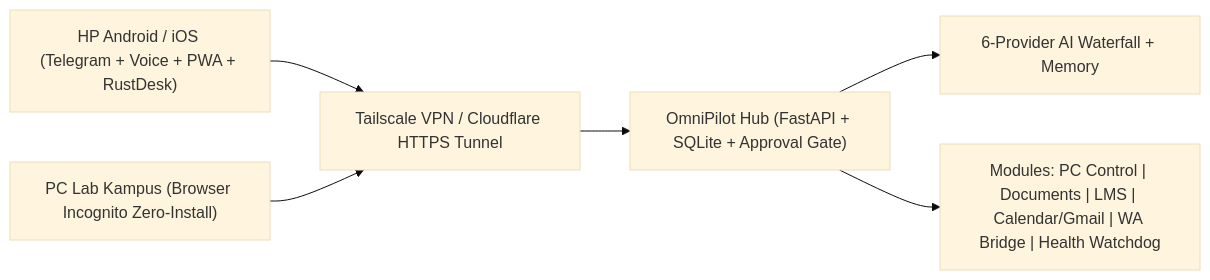
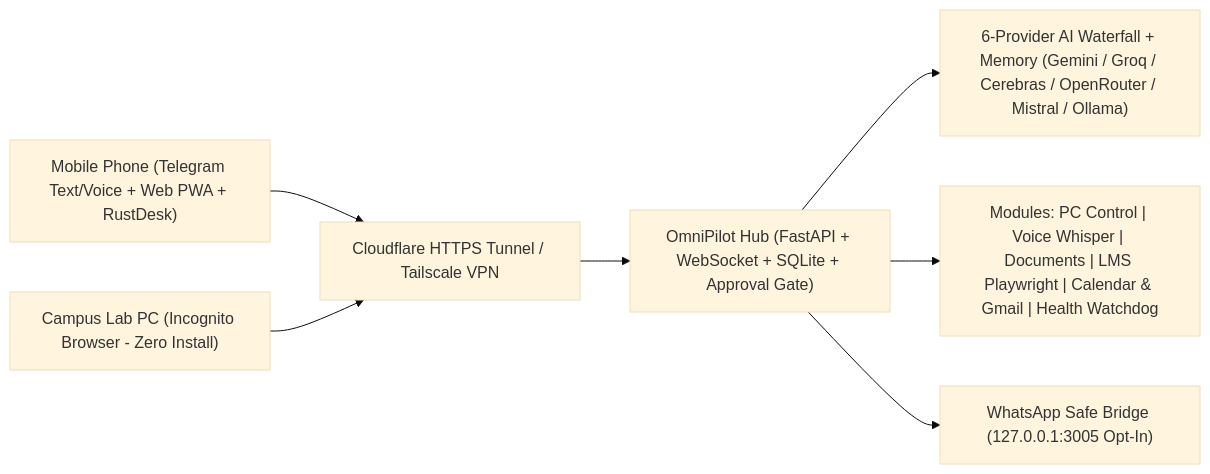
One commit to PutuSatria-hash/OmniPilot changed the diagram in README.md. Above: the diagram before and after it, drawn with Mermaid (base theme). The commit also changed other lines of this file, not shown here.

````diff
--- a/README.md
+++ b/README.md
@@ -34,8 +52,9 @@
 ```mermaid
 flowchart LR
-    Phone["HP Android / iOS (Telegram + Voice + PWA + RustDesk)"] --> Net["Tailscale VPN / Cloudflare HTTPS Tunnel"]
-    Lab["PC Lab Kampus (Browser Incognito Zero-Install)"] --> Net
-    Net --> Hub["OmniPilot Hub (FastAPI + SQLite + Approval Gate)"]
-    Hub --> AI["6-Provider AI Waterfall + Memory"]
-    Hub --> Mod["Modules: PC Control | Documents | LMS | Calendar/Gmail | WA Bridge | Health Watchdog"]
+    Phone["Mobile Phone (Telegram Text/Voice + Web PWA + RustDesk)"] --> Net["Cloudflare HTTPS Tunnel / Tailscale VPN"]
+    Campus["Campus Lab PC (Incognito Browser - Zero Install)"] --> Net
+    Net --> Hub["OmniPilot Hub (FastAPI + WebSocket + SQLite + Approval Gate)"]
+    Hub --> AI["6-Provider AI Waterfall + Memory (Gemini / Groq / Cerebras / OpenRouter / Mistral / Ollama)"]
+    Hub --> Mods["Modules: PC Control | Voice Whisper | Documents | LMS Playwright | Calendar & Gmail | Health Watchdog"]
+    Hub --> WA["WhatsApp Safe Bridge (127.0.0.1:3005 Opt-In)"]
 ```
````
